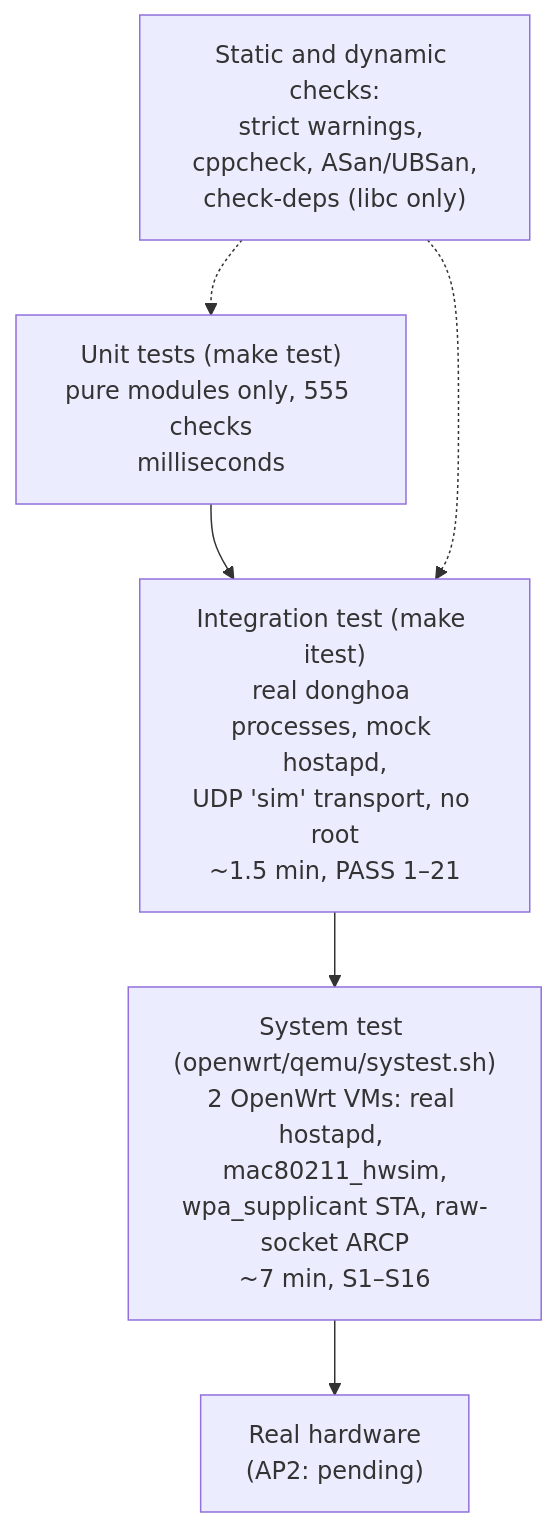
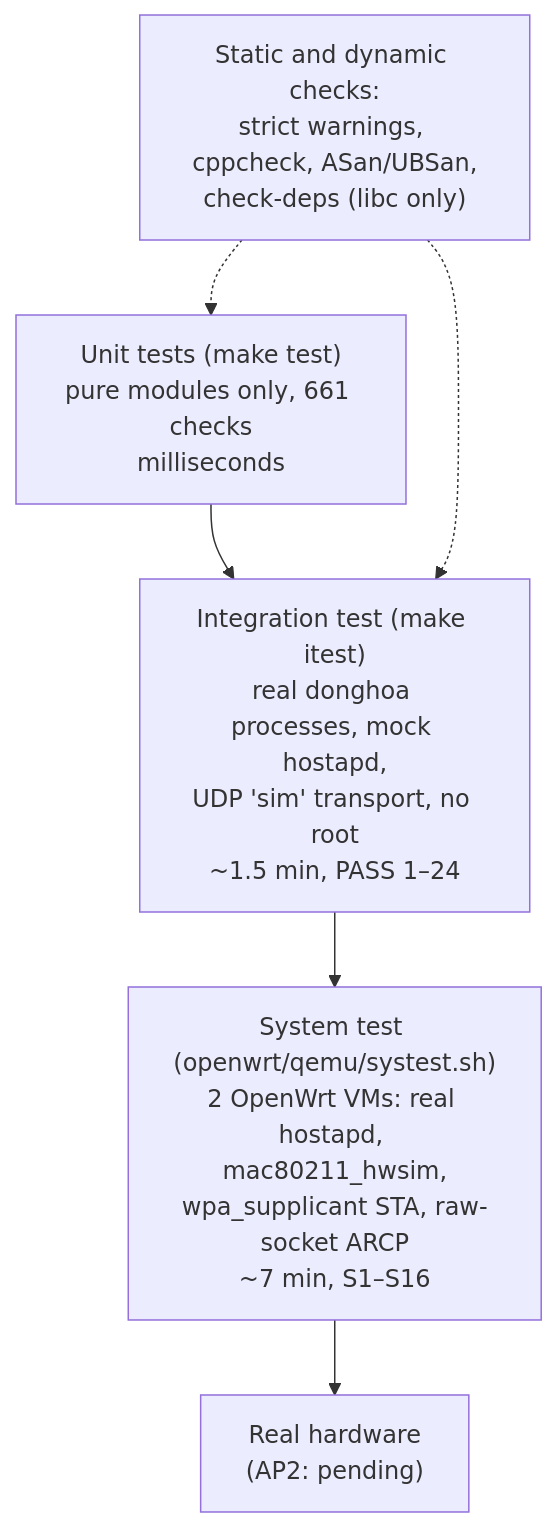
Before and after one commit to ducndc/DongHoa: the diagram in docs/features/14-verification.md, drawn with Mermaid. The commit also changed other lines of this file and 41 other files, not shown here.

````diff
--- a/docs/features/14-verification.md
+++ b/docs/features/14-verification.md
@@ -9,8 +9,8 @@
 ```mermaid
 flowchart TB
-    U["Unit tests (make test)<br/>pure modules only, 555 checks<br/>milliseconds"] --> I["Integration test (make itest)<br/>real donghoa processes, mock hostapd,<br/>UDP 'sim' transport, no root<br/>~1.5 min, PASS 1–21"]
+    U["Unit tests (make test)<br/>pure modules only, 661 checks<br/>milliseconds"] --> I["Integration test (make itest)<br/>real donghoa processes, mock hostapd,<br/>UDP 'sim' transport, no root<br/>~1.5 min, PASS 1–24"]
     I --> Q["System test (openwrt/qemu/systest.sh)<br/>2 OpenWrt VMs: real hostapd, mac80211_hwsim,<br/>wpa_supplicant STA, raw-socket ARCP<br/>~7 min, S1–S16"]
     Q --> H["Real hardware<br/>(AP2: pending)"]
     S["Static and dynamic checks:<br/>strict warnings, cppcheck, ASan/UBSan,<br/>check-deps (libc only)"] -.-> U
     S -.-> I
 ```
````
